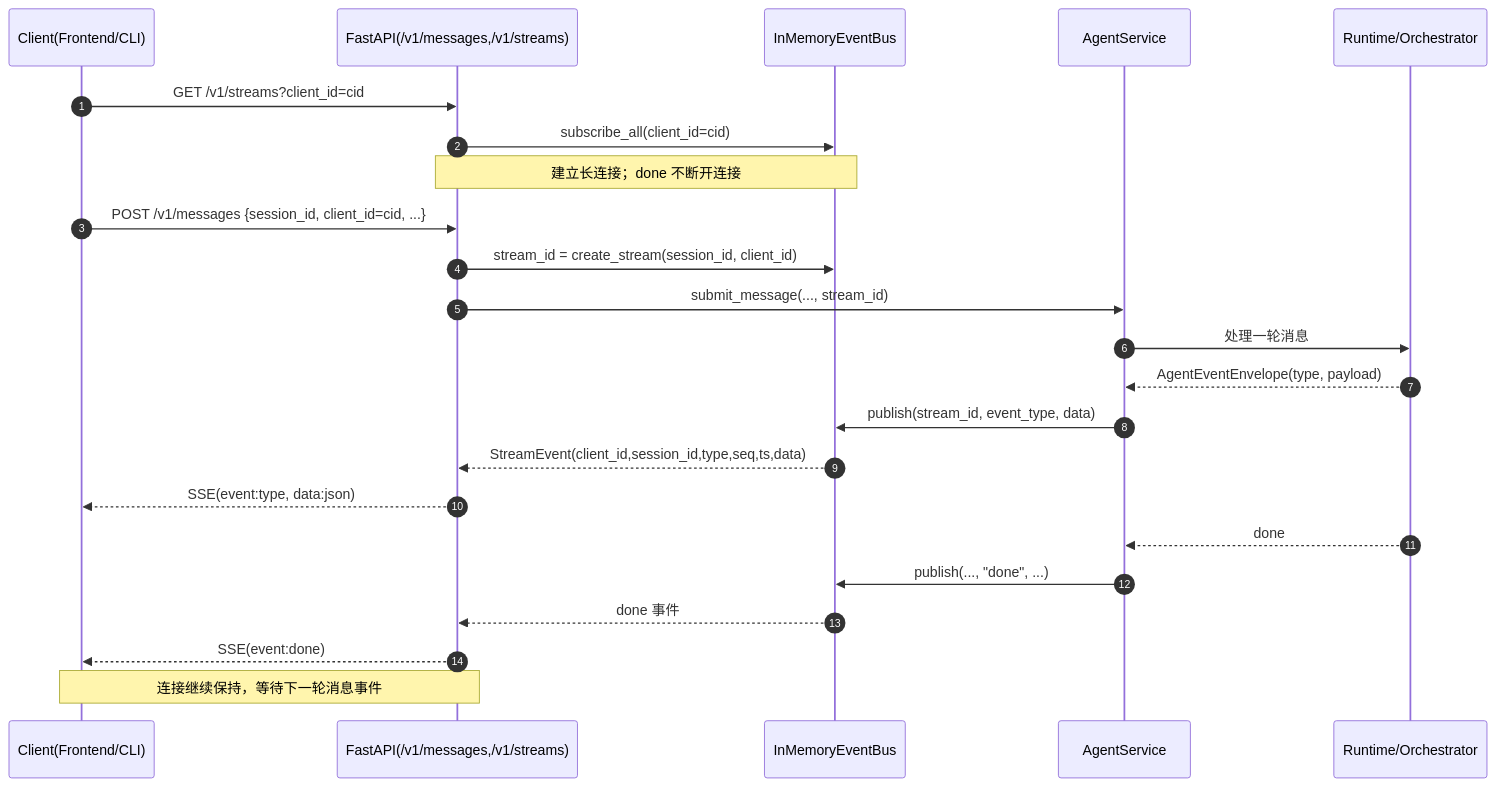
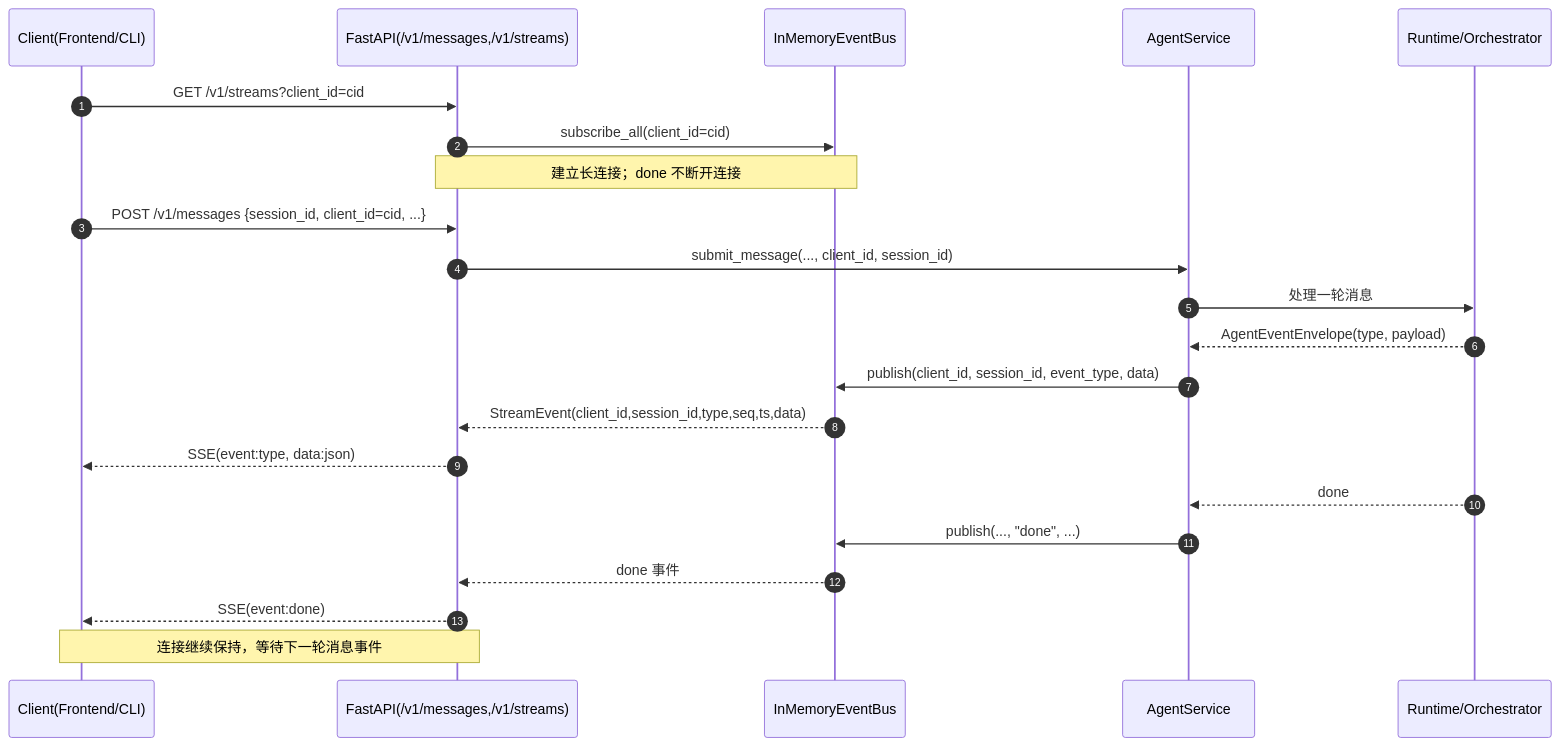
One commit to DGS-ai-team/DAgents changed the diagram in app/harness/streaming/README.md. Above: the diagram before and after it, drawn with Mermaid. The commit also changed other lines of this file and 6 other files, not shown here.

````diff
--- a/app/harness/streaming/README.md
+++ b/app/harness/streaming/README.md
@@ -55,29 +55,28 @@
 ```mermaid
 sequenceDiagram
     autonumber
     participant C as Client(Frontend/CLI)
     participant API as FastAPI(/v1/messages,/v1/streams)
     participant BUS as InMemoryEventBus
     participant S as AgentService
     participant R as Runtime/Orchestrator
 
     C->>API: GET /v1/streams?client_id=cid
     API->>BUS: subscribe_all(client_id=cid)
     Note over API,BUS: 建立长连接；done 不断开连接
 
     C->>API: POST /v1/messages {session_id, client_id=cid, ...}
-    API->>BUS: stream_id = create_stream(session_id, client_id)
-    API->>S: submit_message(..., stream_id)
+    API->>S: submit_message(..., client_id, session_id)
 
     S->>R: 处理一轮消息
     R-->>S: AgentEventEnvelope(type, payload)
-    S->>BUS: publish(stream_id, event_type, data)
+    S->>BUS: publish(client_id, session_id, event_type, data)
     BUS-->>API: StreamEvent(client_id,session_id,type,seq,ts,data)
     API-->>C: SSE(event:type, data:json)
 
     R-->>S: done
     S->>BUS: publish(..., "done", ...)
     BUS-->>API: done 事件
     API-->>C: SSE(event:done)
     Note over C,API: 连接继续保持，等待下一轮消息事件
 ```
````
